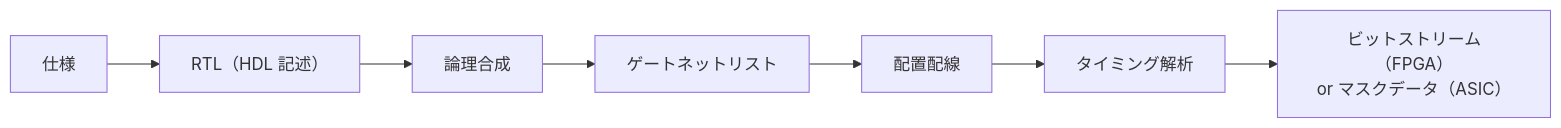
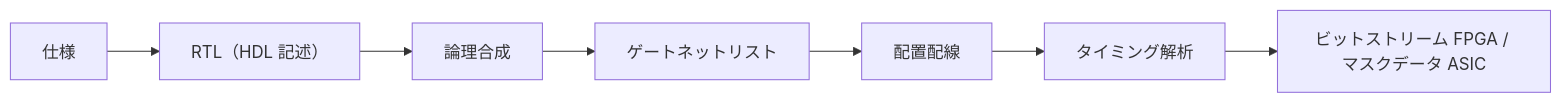
The diagram in topics/01_prerequisites/03_hardware-digital-logic/03_hdl-and-architecture/01_hdl-basics.md (SomaTomita/sec-prep), drawn with Mermaid before and after one commit. The commit also changed other lines of this file and 5 other files, not shown here.

````diff
--- a/topics/01_prerequisites/03_hardware-digital-logic/03_hdl-and-architecture/01_hdl-basics.md
+++ b/topics/01_prerequisites/03_hardware-digital-logic/03_hdl-and-architecture/01_hdl-basics.md
@@ -75,5 +81,5 @@
 ```mermaid
 flowchart LR
     S[仕様] --> R["RTL（HDL 記述）"] --> L[論理合成] --> N[ゲートネットリスト]
-    N --> P[配置配線] --> T[タイミング解析] --> O["ビットストリーム（FPGA）<br/>or マスクデータ（ASIC）"]
+    N --> P[配置配線] --> T[タイミング解析] --> O["ビットストリーム FPGA / マスクデータ ASIC"]
 ```
````
